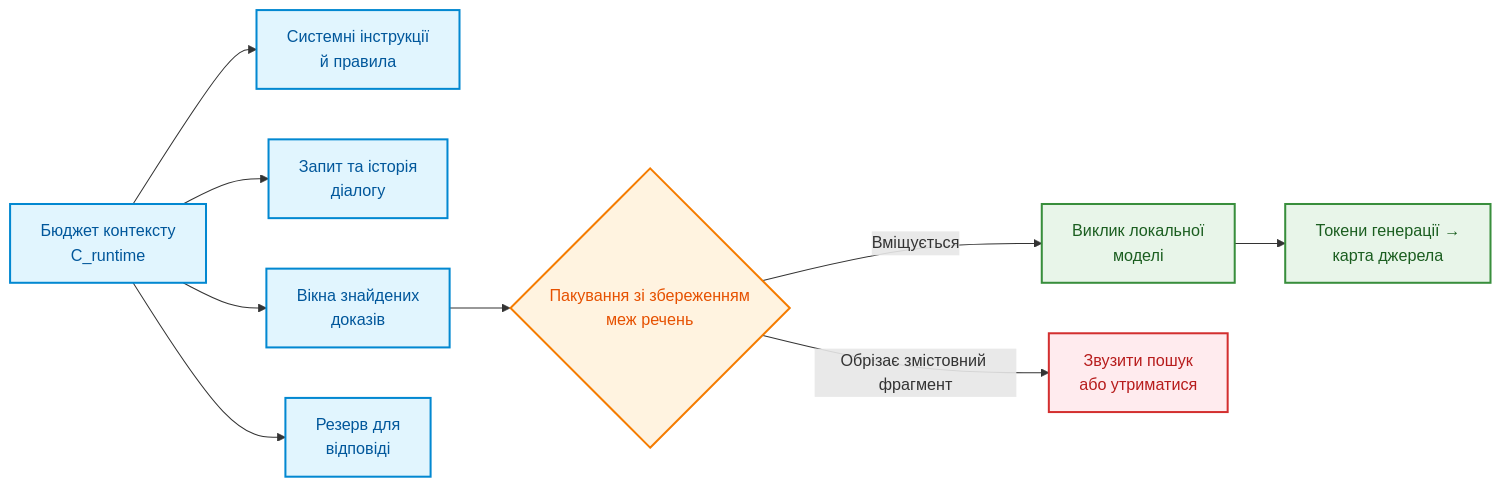
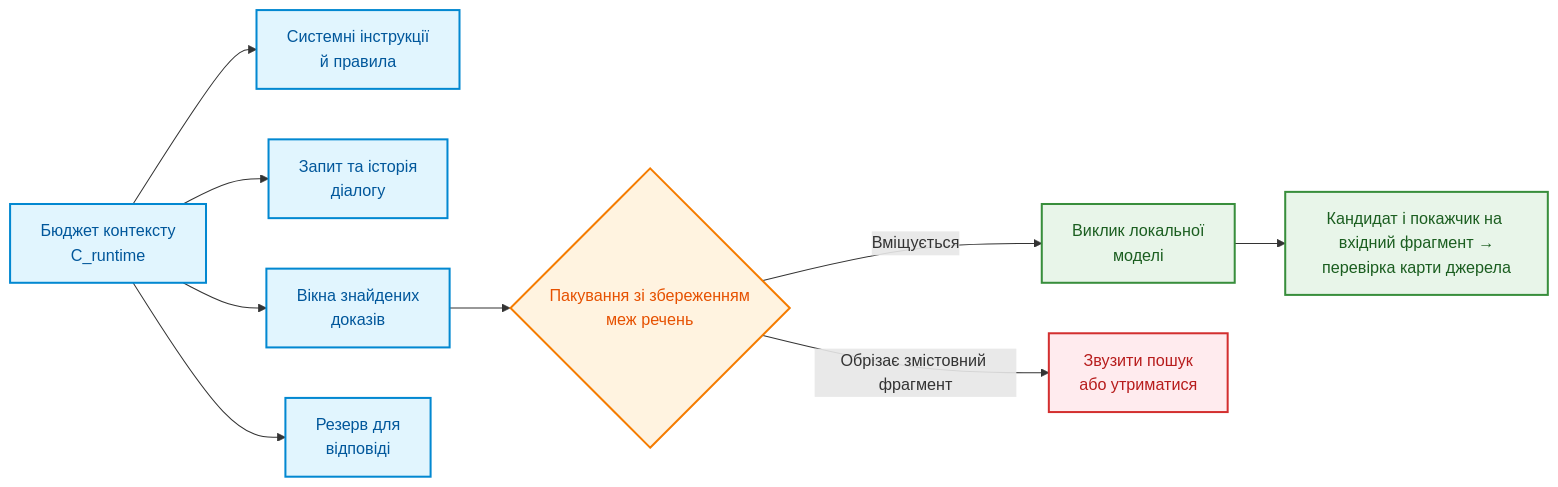
The sixth of 11 diagrams in ExpertSystem/ch12-linguistic-analysis-and-local-models.md (nick-fedchik/articles), drawn with Mermaid before and after one commit. The commit also changed other lines of this file and 7 other files, not shown here.

````diff
--- a/ExpertSystem/ch12-linguistic-analysis-and-local-models.md
+++ b/ExpertSystem/ch12-linguistic-analysis-and-local-models.md
@@ -418,24 +500,24 @@
 ```mermaid
 flowchart LR
     accTitle: Керування бюджетом контекстного вікна моделі
     accDescr: Розподіл ліміту токенів між системними інструкціями, запитом, доказами та відповіддю.
 
     C["Бюджет контексту<br/>C_runtime"] --> S["Системні інструкції<br/>й правила"]
     C --> Q["Запит та історія<br/>діалогу"]
     C --> E["Вікна знайдених<br/>доказів"]
     C --> O["Резерв для<br/>відповіді"]
     E --> P{"Пакування зі збереженням<br/>меж речень"}
     P -->|"Вміщується"| RUN["Виклик локальної<br/>моделі"]
     P -->|"Обрізає змістовний фрагмент"| ABS["Звузити пошук<br/>або утриматися"]
-    RUN --> MAP["Токени генерації →<br/>карта джерела"]
+   RUN --> MAP["Кандидат і покажчик на вхідний фрагмент →<br/>перевірка карти джерела"]
 
     classDef bud fill:#e1f5fe,stroke:#0288d1,stroke-width:2px,color:#01579b;
     classDef check fill:#fff3e0,stroke:#f57c00,stroke-width:2px,color:#e65100;
     classDef act fill:#e8f5e9,stroke:#388e3c,stroke-width:2px,color:#1b5e20;
     classDef stop fill:#ffebee,stroke:#d32f2f,stroke-width:2px,color:#b71c1c;
 
     class C,S,Q,E,O bud;
     class P check;
     class RUN,MAP act;
     class ABS stop;
 ```
````
